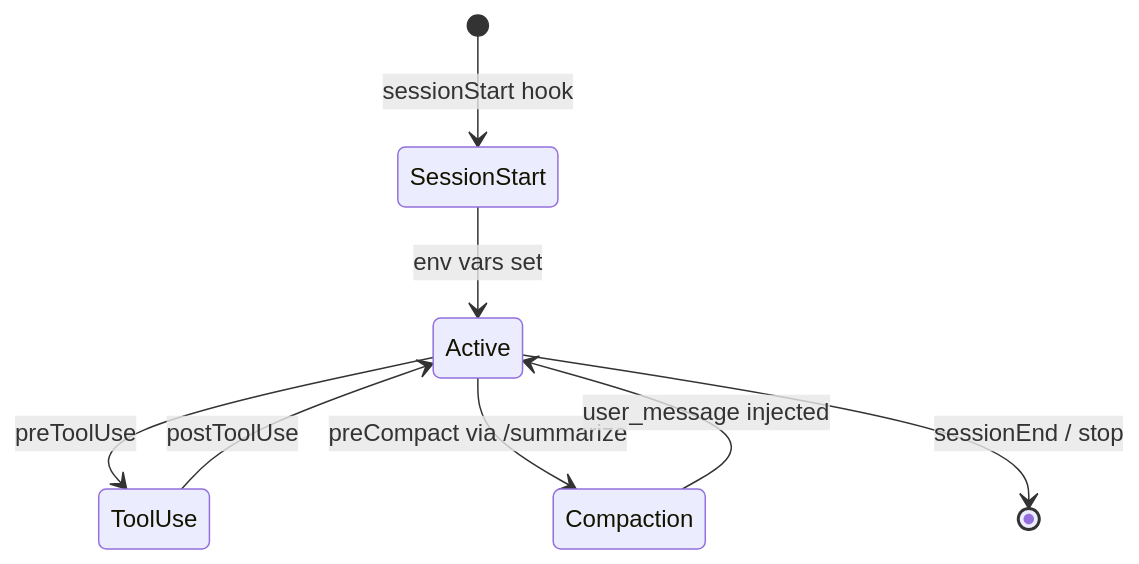
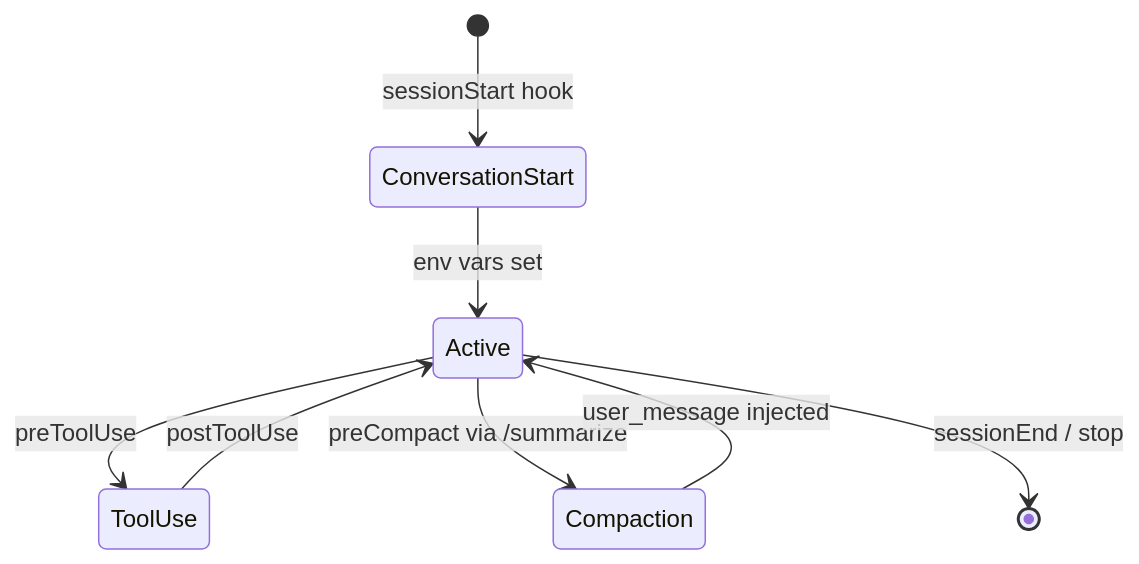
The fourth of 5 diagrams in ARCHITECTURE.md (andrescera/oh-my-cursor), drawn with Mermaid before and after one commit. The commit also changed other lines of this file and 1 other file, not shown here.

First line of the commit message:
docs: update terminology to conversation, add isolation glossary

````diff
--- a/ARCHITECTURE.md
+++ b/ARCHITECTURE.md
@@ -73,10 +73,10 @@
 ```mermaid
 stateDiagram-v2
-    [*] --> SessionStart: sessionStart hook
-    SessionStart --> Active: env vars set
+    [*] --> ConversationStart: sessionStart hook
+    ConversationStart --> Active: env vars set
     Active --> ToolUse: preToolUse
     ToolUse --> Active: postToolUse
     Active --> Compaction: preCompact via /summarize
     Compaction --> Active: user_message injected
     Active --> [*]: sessionEnd / stop
 ```
````
